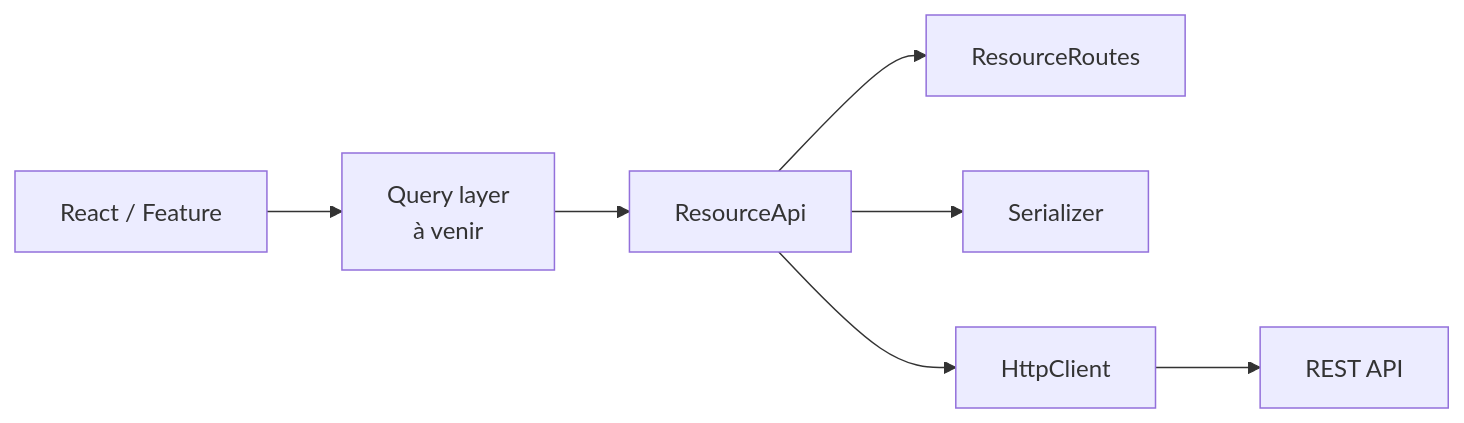
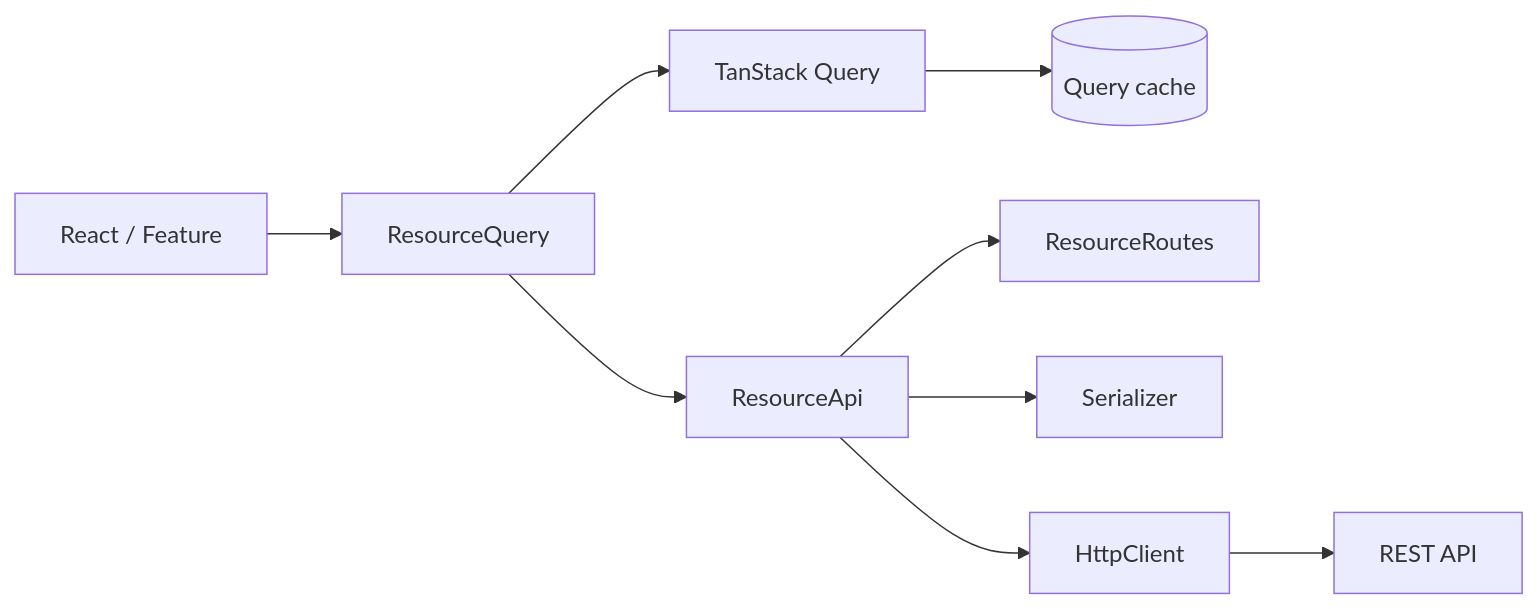
Before and after one commit to olivierHuvelle/front-template: the first of 5 diagrams in README.md, drawn with Mermaid. The commit also changed other lines of this file and 6 other files, not shown here.

Commit message:
docs(readme): document ResourceQuery and TanStack Query integration

````diff
--- a/README.md
+++ b/README.md
@@ -15,9 +17,11 @@
 ```mermaid
 flowchart LR
-    UI[React / Feature] --> Q[Query layer\nà venir]
+    UI[React / Feature] --> Q[ResourceQuery]
+    Q --> TQ[TanStack Query]
     Q --> API[ResourceApi]
+    TQ --> Cache[(Query cache)]
     API --> Routes[ResourceRoutes]
     API --> Serializer
     API --> HTTP[HttpClient]
     HTTP --> Backend[REST API]
 ```
````
